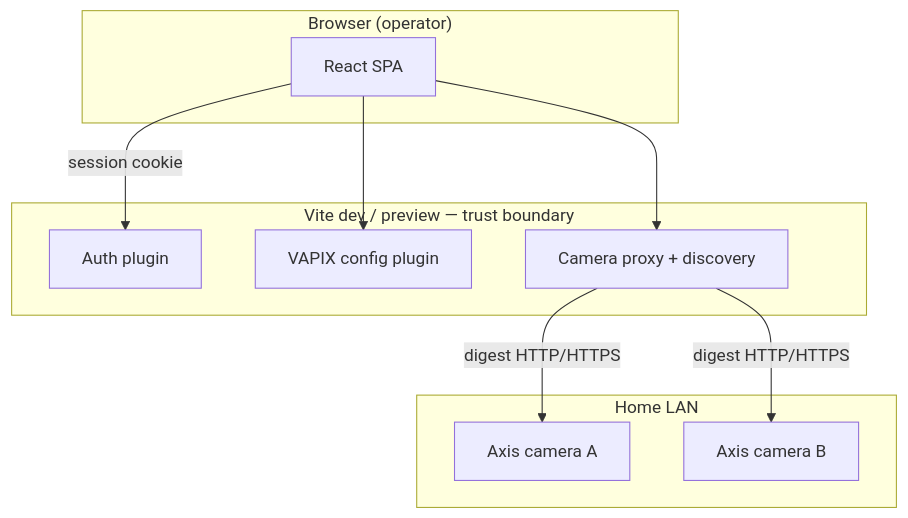
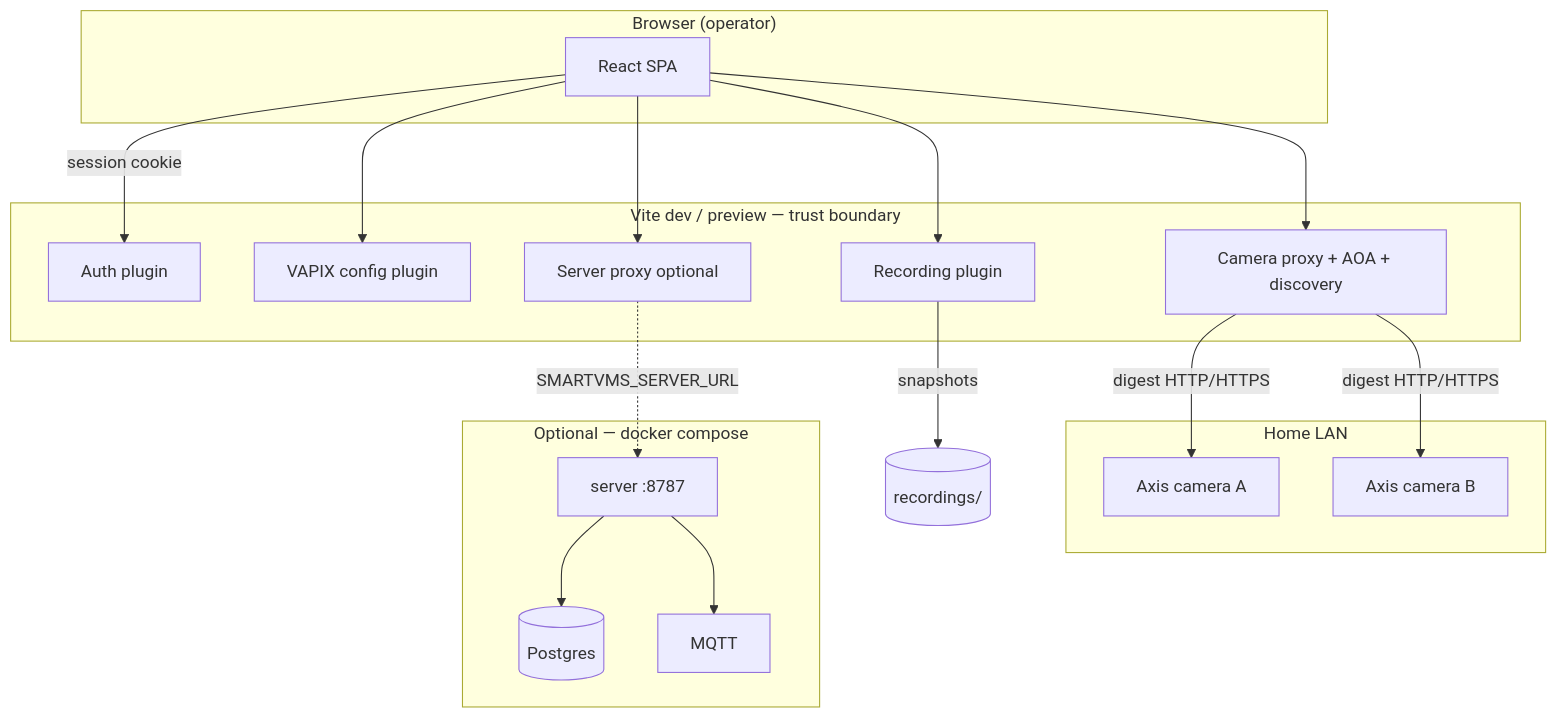
Before and after one commit to thomasdanielsson731/smart_vms: the first of 2 diagrams in docs/architecture/overview.md, drawn with Mermaid. The commit also changed other lines of this file and 63 other files, not shown here.

First line of the commit message:
Add AI-native context layer, recording quota health, and architecture doc sync.

````diff
--- a/docs/architecture/overview.md
+++ b/docs/architecture/overview.md
@@ -15,23 +19,37 @@
 ```mermaid
 flowchart TB
   subgraph Browser["Browser (operator)"]
     SPA[React SPA]
   end
 
   subgraph Vite["Vite dev / preview — trust boundary"]
     AUTH[Auth plugin]
     VAPIXcfg[VAPIX config plugin]
-    PROXY[Camera proxy + discovery]
+    PROXY[Camera proxy + AOA + discovery]
+    REC[Recording plugin]
+    VMSproxy[Server proxy optional]
   end
 
   subgraph LAN["Home LAN"]
     AX1[Axis camera A]
     AX2[Axis camera B]
   end
 
+  subgraph Optional["Optional — docker compose"]
+    SRV[server :8787]
+    PG[(Postgres)]
+    MQTT[MQTT]
+  end
+
   SPA -->|session cookie| AUTH
   SPA --> VAPIXcfg
   SPA --> PROXY
+  SPA --> REC
+  SPA --> VMSproxy
   PROXY -->|digest HTTP/HTTPS| AX1
   PROXY -->|digest HTTP/HTTPS| AX2
+  REC -->|snapshots| DISK[(recordings/)]
+  VMSproxy -.->|SMARTVMS_SERVER_URL| SRV
+  SRV --> PG
+  SRV --> MQTT
 ```
````
